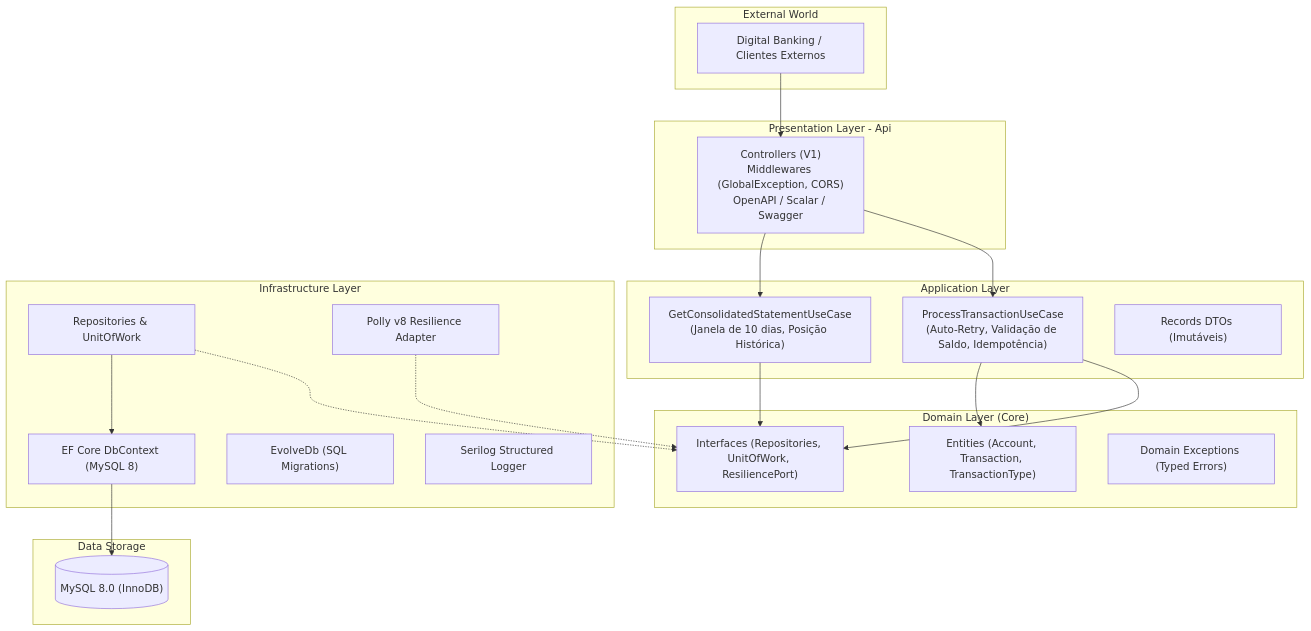
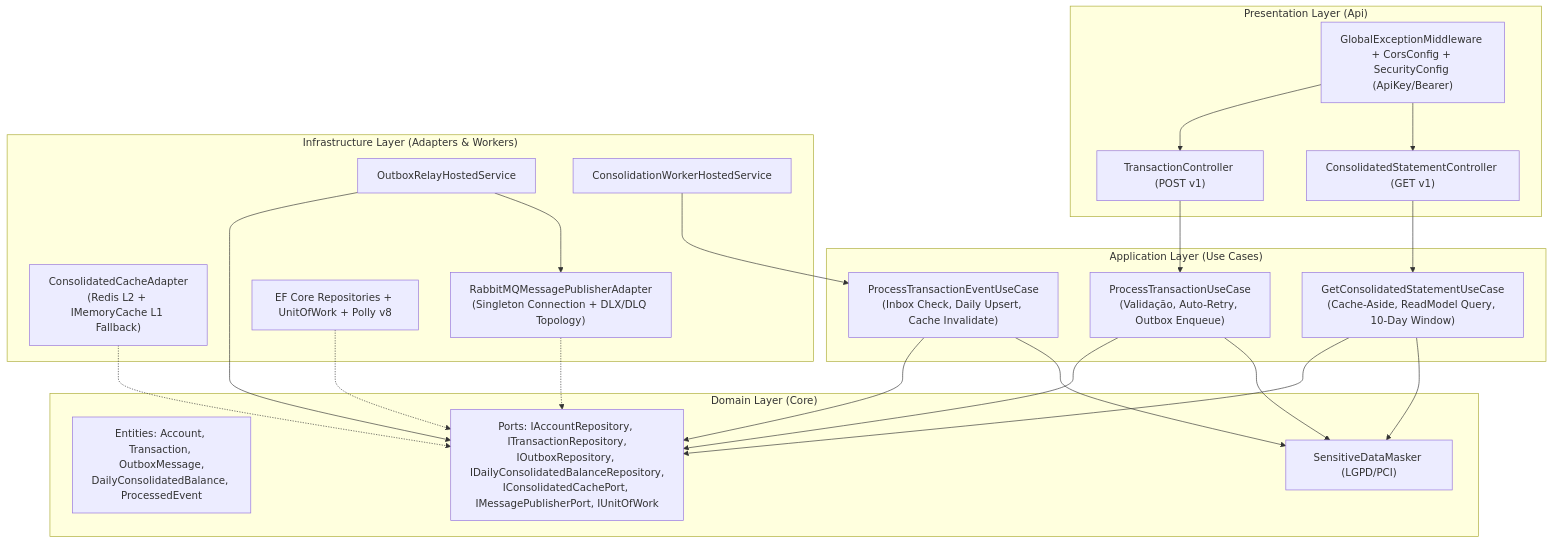
One commit to lviana29/ChallengeBankingTransactionCoreApi changed the third of 5 diagrams in README.md. Above: the diagram before and after it, drawn with Mermaid. The commit also changed other lines of this file and 74 other files, not shown here.

````diff
--- a/README.md
+++ b/README.md
@@ -85,45 +96,36 @@
 ```mermaid
 graph TD
-    subgraph "External World"
-        Client["Digital Banking / Clientes Externos"]
+    subgraph Presentation ["Presentation Layer (Api)"]
+        CtrlTx["TransactionController (POST v1)"]
+        CtrlCons["ConsolidatedStatementController (GET v1)"]
+        Mw["GlobalExceptionMiddleware + CorsConfig + SecurityConfig (ApiKey/Bearer)"]
     end
 
-    subgraph "Presentation Layer - Api"
-        API["Controllers (V1)\nMiddlewares (GlobalException, CORS)\nOpenAPI / Scalar / Swagger"]
+    subgraph Application ["Application Layer (Use Cases)"]
+        UCWrite["ProcessTransactionUseCase\n(Validação, Auto-Retry, Outbox Enqueue)"]
+        UCEvent["ProcessTransactionEventUseCase\n(Inbox Check, Daily Upsert, Cache Invalidate)"]
+        UCRead["GetConsolidatedStatementUseCase\n(Cache-Aside, ReadModel Query, 10-Day Window)"]
     end
 
-    subgraph "Application Layer"
-        UC1["ProcessTransactionUseCase\n(Auto-Retry, Validação de Saldo, Idempotência)"]
-        UC2["GetConsolidatedStatementUseCase\n(Janela de 10 dias, Posição Histórica)"]
-        DTO["Records DTOs (Imutáveis)"]
+    subgraph Domain ["Domain Layer (Core)"]
+        Entities["Entities: Account, Transaction, OutboxMessage,\nDailyConsolidatedBalance, ProcessedEvent"]
+        Masker["SensitiveDataMasker (LGPD/PCI)"]
+        Ports["Ports: IAccountRepository, ITransactionRepository,\nIOutboxRepository, IDailyConsolidatedBalanceRepository,\nIConsolidatedCachePort, IMessagePublisherPort, IUnitOfWork"]
     end
 
-    subgraph "Domain Layer (Core)"
-        Entities["Entities (Account, Transaction, TransactionType)"]
-        Ports["Interfaces (Repositories, UnitOfWork, ResiliencePort)"]
-        Exceptions["Domain Exceptions (Typed Errors)"]
+    subgraph Infrastructure ["Infrastructure Layer (Adapters & Workers)"]
+        OutboxWorker["OutboxRelayHostedService"]
+        ConsWorker["ConsolidationWorkerHostedService"]
+        CacheAdapter["ConsolidatedCacheAdapter\n(Redis L2 + IMemoryCache L1 Fallback)"]
+        RabbitAdapter["RabbitMQMessagePublisherAdapter\n(Singleton Connection + DLX/DLQ Topology)"]
+        Repos["EF Core Repositories + UnitOfWork + Polly v8"]
     end
 
-    subgraph "Infrastructure Layer"
-        EF["EF Core DbContext (MySQL 8)"]
-        Repos["Repositories & UnitOfWork"]
-        Evolve["EvolveDb (SQL Migrations)"]
-        Polly["Polly v8 Resilience Adapter"]
-        Serilog["Serilog Structured Logger"]
-    end
-
-    subgraph "Data Storage"
-        MySQL[("MySQL 8.0 (InnoDB)")]
-    end
-
-    Client --> API
-    API --> UC1
-    API --> UC2
-    UC1 --> Ports
-    UC1 --> Entities
-    UC2 --> Ports
-    Repos -.-> Ports
-    EF --> MySQL
-    Repos --> EF
-    Polly -.-> Ports
+    Mw --> CtrlTx & CtrlCons
+    CtrlTx --> UCWrite
+    CtrlCons --> UCRead
+    ConsWorker --> UCEvent
+    OutboxWorker --> Ports & RabbitAdapter
+    UCWrite & UCEvent & UCRead --> Ports & Masker
+    Repos & CacheAdapter & RabbitAdapter -.-> Ports
 ```
````
